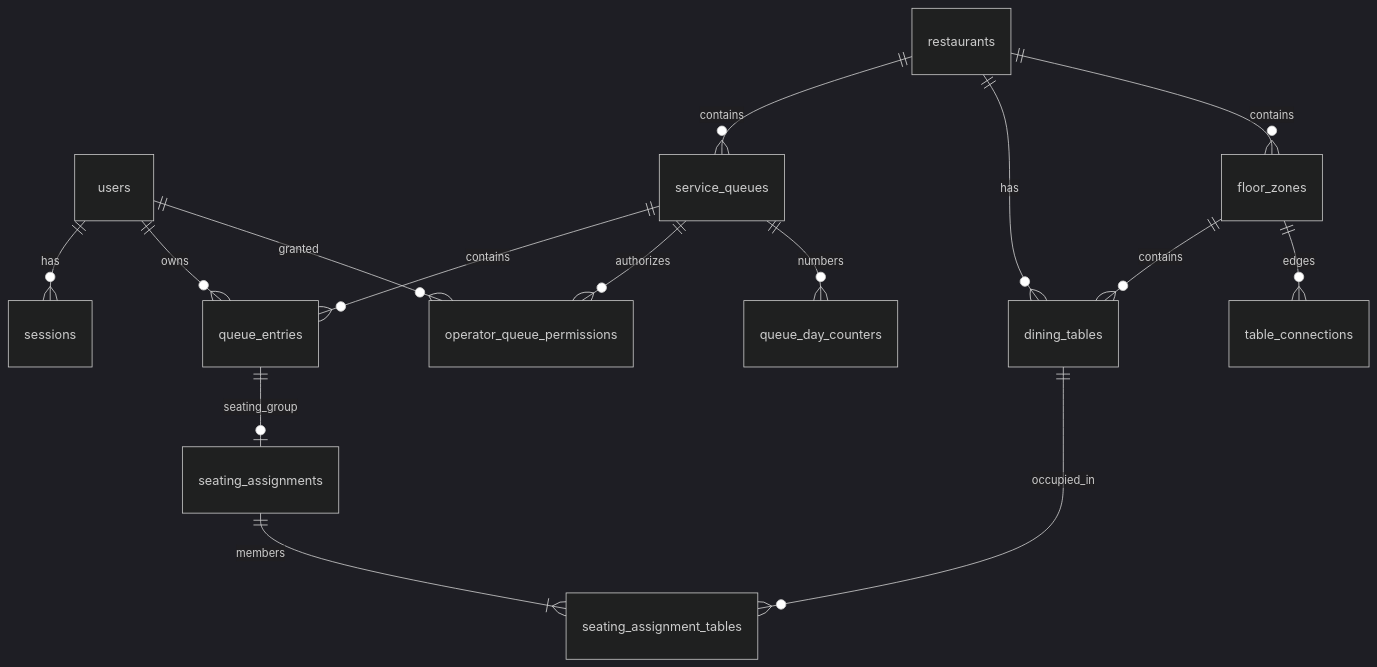
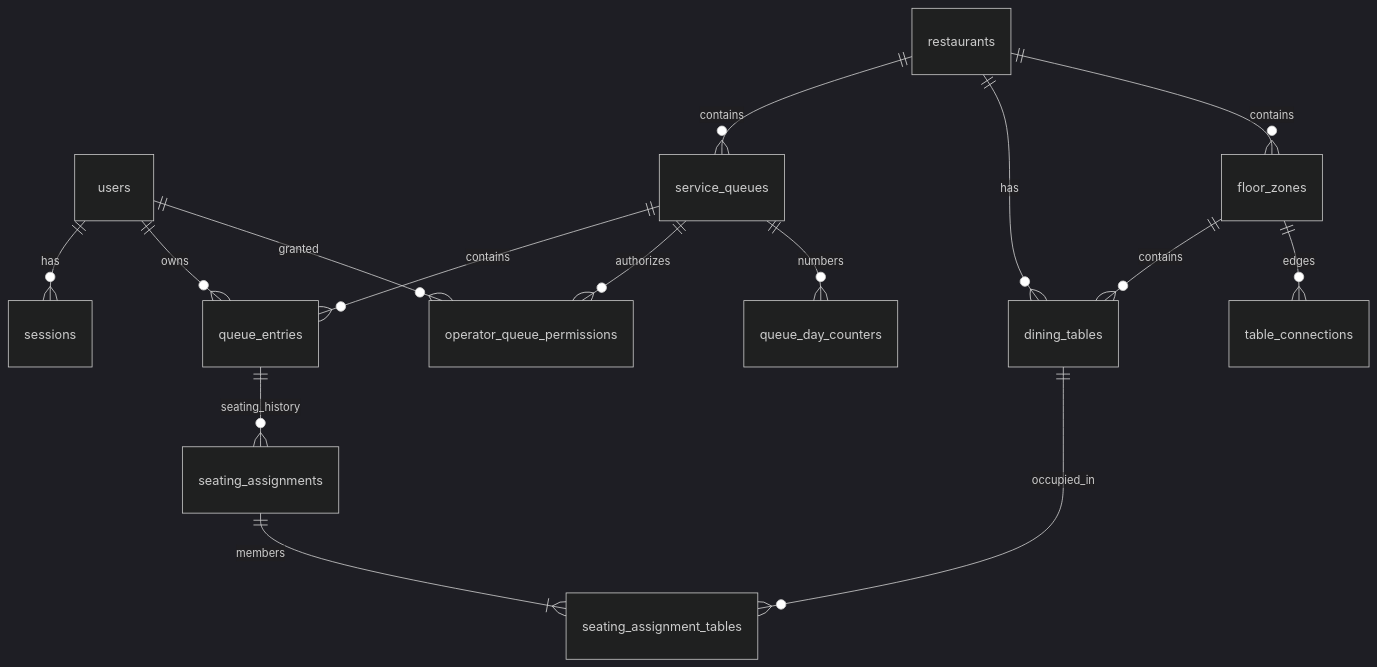
Before and after one commit to bbxndg/DineQueue: the diagram in docs/04-data-and-api.md, drawn with Mermaid (dark theme). The commit also changed other lines of this file and 8 other files, not shown here.

````diff
--- a/docs/04-data-and-api.md
+++ b/docs/04-data-and-api.md
@@ -21,17 +21,17 @@
 ```mermaid
 erDiagram
   users ||--o{ sessions : has
   users ||--o{ queue_entries : owns
   users ||--o{ operator_queue_permissions : granted
   restaurants ||--o{ service_queues : contains
   restaurants ||--o{ dining_tables : has
   service_queues ||--o{ queue_entries : contains
   service_queues ||--o{ operator_queue_permissions : authorizes
   service_queues ||--o{ queue_day_counters : numbers
   restaurants ||--o{ floor_zones : contains
   floor_zones ||--o{ dining_tables : contains
   floor_zones ||--o{ table_connections : edges
-  queue_entries ||--o| seating_assignments : seating_group
+  queue_entries ||--o{ seating_assignments : seating_history
   seating_assignments ||--|{ seating_assignment_tables : members
   dining_tables ||--o{ seating_assignment_tables : occupied_in
 ```
````
